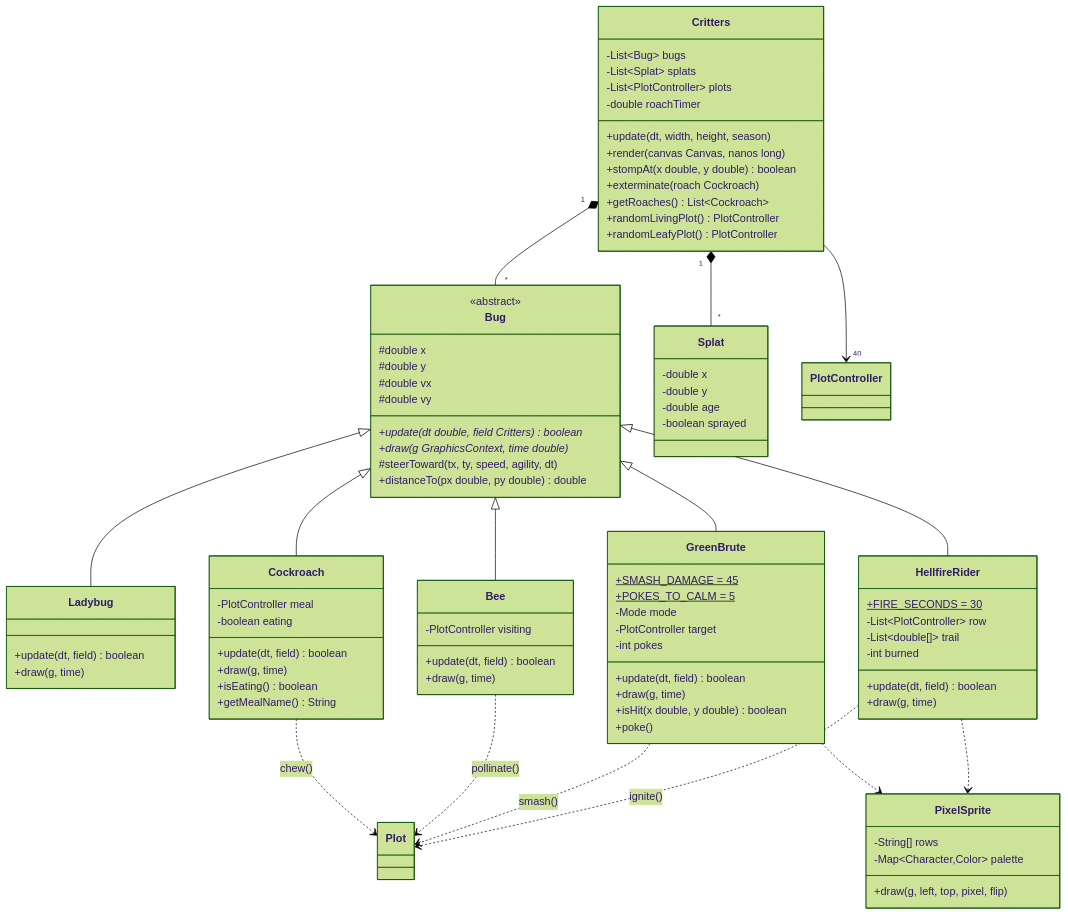
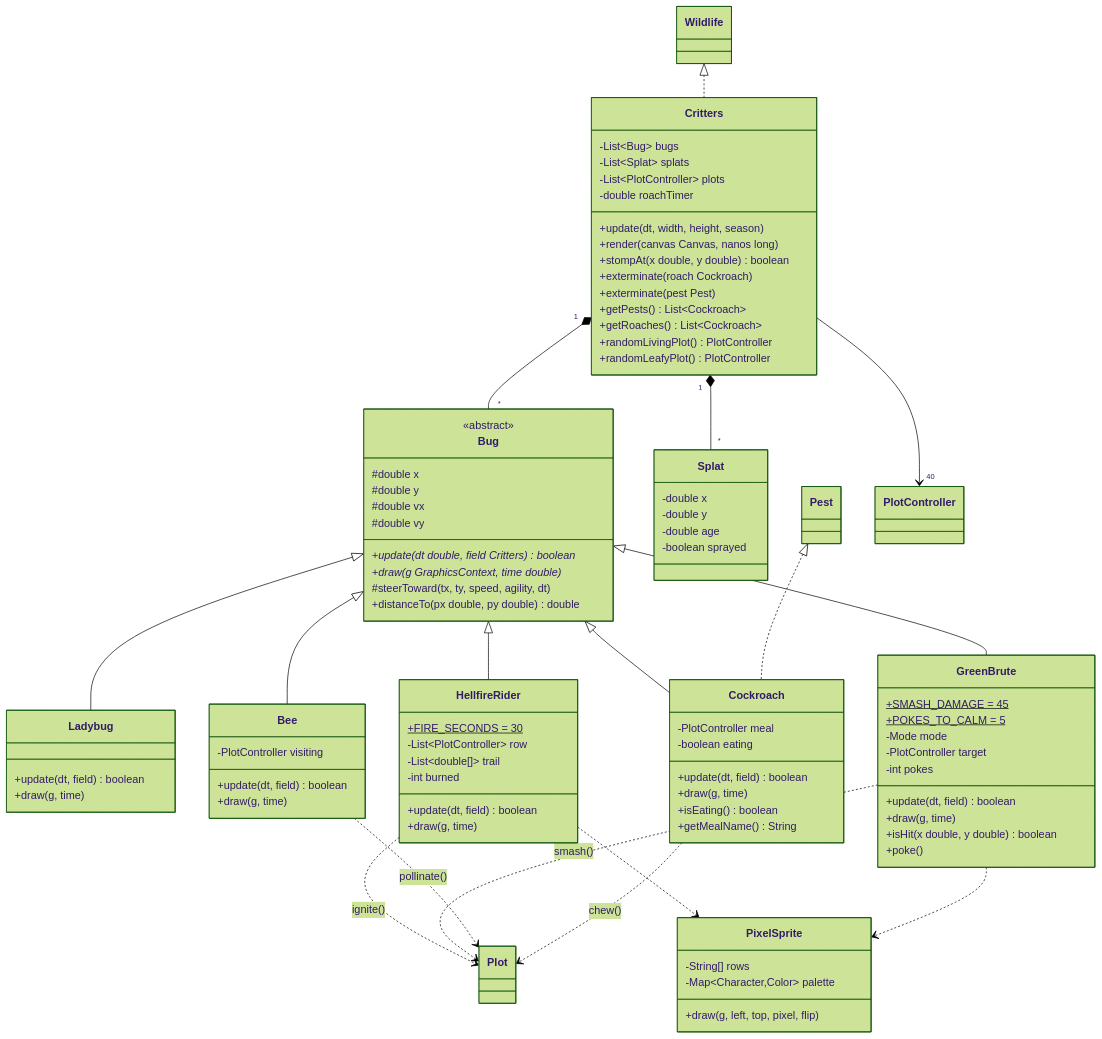
One commit to Hstrauss1/gitgarden changed the sixth of 17 diagrams in docs/UML.md. Above: the diagram before and after it, drawn with Mermaid (forest theme). The commit also changed other lines of this file and 16 other files, not shown here.

```diff
--- a/docs/UML.md
+++ b/docs/UML.md
@@ -502,6 +520,8 @@
         +render(canvas Canvas, nanos long)
         +stompAt(x double, y double) boolean
         +exterminate(roach Cockroach)
+        +exterminate(pest Pest)
+        +getPests() List~Cockroach~
         +getRoaches() List~Cockroach~
         +randomLivingPlot() PlotController
         +randomLeafyPlot() PlotController
@@ -582,6 +602,8 @@
     GreenBrute ..> PixelSprite
     HellfireRider ..> Plot : ignite()
     GreenBrute ..> Plot : smash()
+    Wildlife <|.. Critters
+    Pest <|.. Cockroach
     Critters "1" *-- "*" Bug
     Critters "1" *-- "*" Splat
     Bee ..> Plot : pollinate()
```
